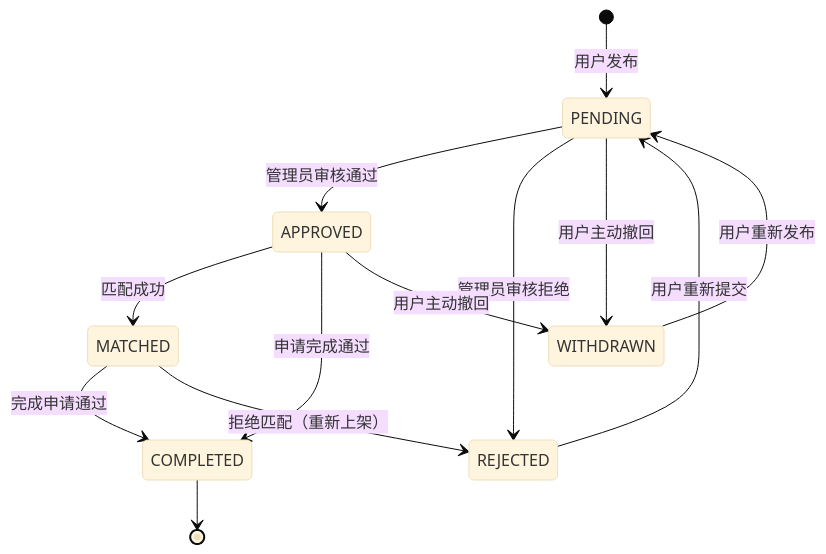
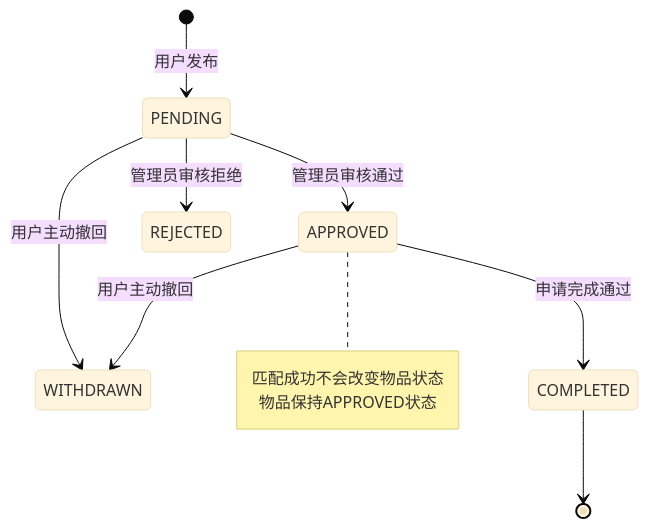
Before and after one commit to zwj-3193655211/campus-LostandFound: the tenth of 30 diagrams in docs/项目图表.md, drawn with Mermaid (base theme). The commit also changed other lines of this file, not shown here.

Commit message:
docs: 更新匹配时序图阈值

````diff
--- a/docs/项目图表.md
+++ b/docs/项目图表.md
@@ -583,15 +583,15 @@
 ```mermaid
 stateDiagram-v2
     [*] --> PENDING: 用户发布
     PENDING --> APPROVED: 管理员审核通过
     PENDING --> REJECTED: 管理员审核拒绝
     PENDING --> WITHDRAWN: 用户主动撤回
-    APPROVED --> MATCHED: 匹配成功
     APPROVED --> COMPLETED: 申请完成通过
     APPROVED --> WITHDRAWN: 用户主动撤回
-    MATCHED --> COMPLETED: 完成申请通过
-    MATCHED --> REJECTED: 拒绝匹配（重新上架）
-    REJECTED --> PENDING: 用户重新提交
-    WITHDRAWN --> PENDING: 用户重新发布
     COMPLETED --> [*]
+
+    note right of APPROVED
+        匹配成功不会改变物品状态
+        物品保持APPROVED状态
+    end note
 ```
````
